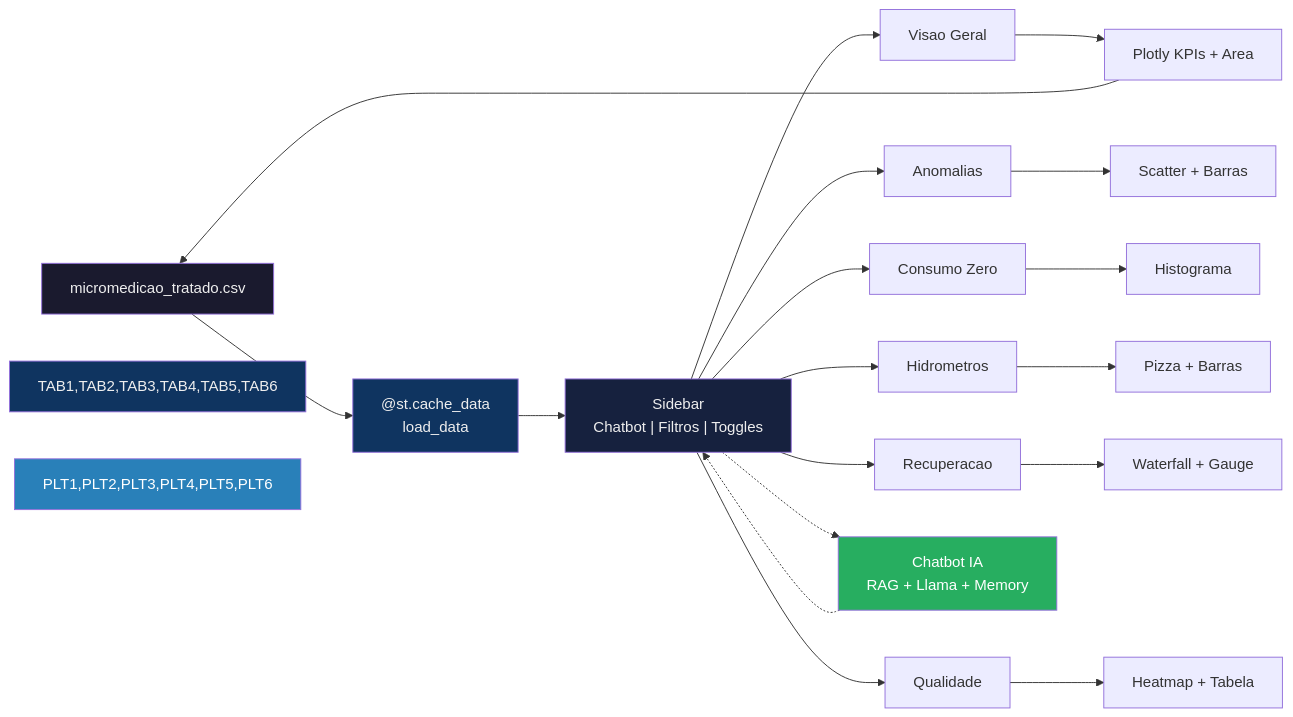
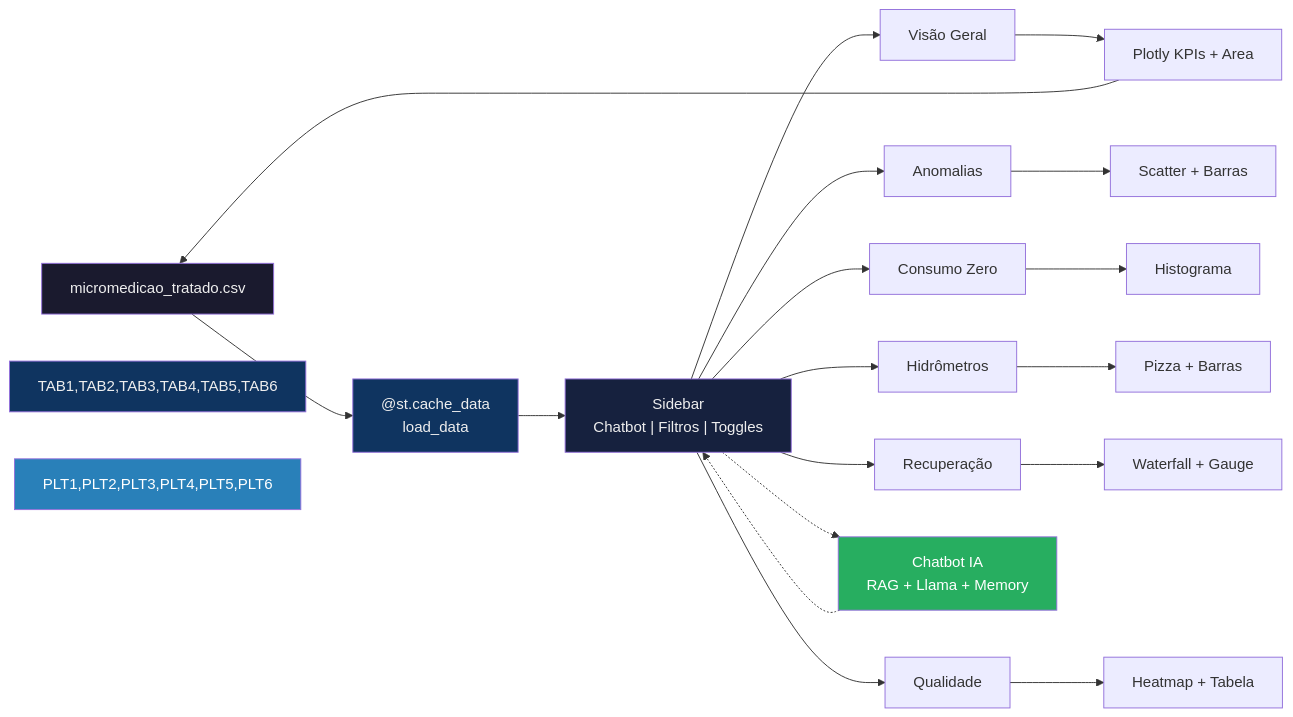
One commit to cavalcanteprofissional/sanova-micromedicao-dashboard changed the second of 6 diagrams in README.md. Above: the diagram before and after it, drawn with Mermaid. The commit also changed other lines of this file, not shown here.

````diff
--- a/README.md
+++ b/README.md
@@ -78,24 +78,24 @@
 ```mermaid
 flowchart LR
     CSV["micromedicao_tratado.csv"]
         --> CACHE["@st.cache_data\nload_data"]
         --> FILTERS["Sidebar\nChatbot | Filtros | Toggles"]
-        --> TAB1["Visao Geral"]
+        --> TAB1["Visão Geral"]
         --> PLT1["Plotly KPIs + Area"]
         --> CSV
 
     FILTERS --> TAB2["Anomalias"] --> PLT2["Scatter + Barras"]
     FILTERS --> TAB3["Consumo Zero"] --> PLT3["Histograma"]
-    FILTERS --> TAB4["Hidrometros"] --> PLT4["Pizza + Barras"]
-    FILTERS --> TAB5["Recuperacao"] --> PLT5["Waterfall + Gauge"]
+    FILTERS --> TAB4["Hidrômetros"] --> PLT4["Pizza + Barras"]
+    FILTERS --> TAB5["Recuperação"] --> PLT5["Waterfall + Gauge"]
     FILTERS --> TAB6["Qualidade"] --> PLT6["Heatmap + Tabela"]
     FILTERS -.-> CHAT["Chatbot IA\nRAG + Llama + Memory"]
     CHAT -.-> FILTERS
 
     style CSV fill:#1a1a2e,color:#eee
     style CACHE fill:#0f3460,color:#eee
     style FILTERS fill:#16213e,color:#eee
     style TAB1,TAB2,TAB3,TAB4,TAB5,TAB6 fill:#0f3460,color:#eee
     style PLT1,PLT2,PLT3,PLT4,PLT5,PLT6 fill:#2980B9,color:#fff
     style CHAT fill:#27AE60,color:#fff
 ```
````
